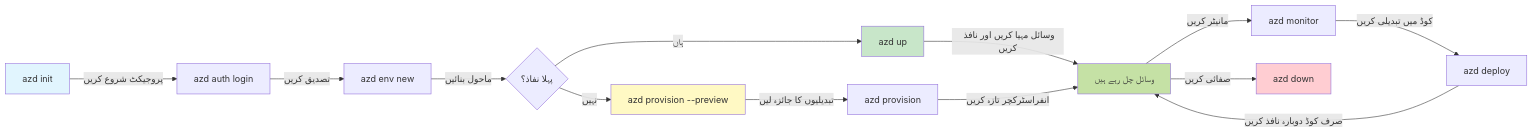
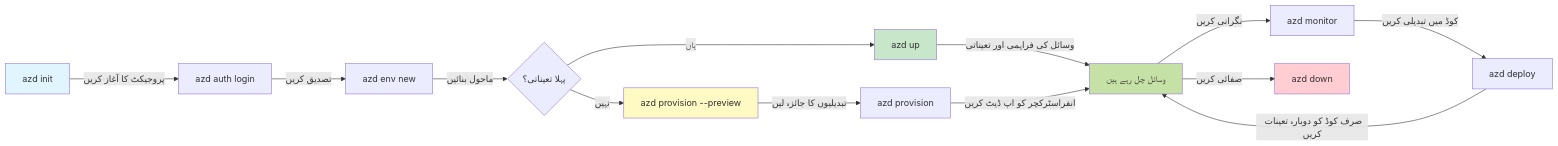
The first of 2 diagrams in translations/ur/docs/chapter-01-foundation/azd-basics.md (microsoft/AZD-for-beginners), drawn with Mermaid before and after one commit. The commit also changed other lines of this file and 1 other file, not shown here.

````diff
--- a/translations/ur/docs/chapter-01-foundation/azd-basics.md
+++ b/translations/ur/docs/chapter-01-foundation/azd-basics.md
@@ -269,21 +269,21 @@
 ```mermaid
 graph LR
-    A[azd init] -->|پروجیکٹ شروع کریں| B[azd auth login]
+    A[azd init] -->|پروجیکٹ کا آغاز کریں| B[azd auth login]
     B -->|تصدیق کریں| C[azd env new]
-    C -->|ماحول بنائیں| D{پہلا نفاذ؟}
+    C -->|ماحول بنائیں| D{پہلا تعیناتی؟}
     D -->|ہاں| E[azd up]
     D -->|نہیں| F[azd provision --preview]
     F -->|تبدیلیوں کا جائزہ لیں| G[azd provision]
-    E -->|وسائل مہیا کریں اور نافذ کریں| H[وسائل چل رہے ہیں]
-    G -->|انفراسٹرکچر تازہ کریں| H
-    H -->|مانیٹر کریں| I[azd monitor]
+    E -->|وسائل کی فراہمی اور تعیناتی| H[وسائل چل رہے ہیں]
+    G -->|انفراسٹرکچر کو اپ ڈیٹ کریں| H
+    H -->|نگرانی کریں| I[azd monitor]
     I -->|کوڈ میں تبدیلی کریں| J[azd deploy]
-    J -->|صرف کوڈ دوبارہ نافذ کریں| H
+    J -->|صرف کوڈ کو دوبارہ تعینات کریں| H
     H -->|صفائی کریں| K[azd down]
     
     style A fill:#e1f5fe
     style E fill:#c8e6c9
     style F fill:#fff9c4
     style H fill:#c5e1a5
     style K fill:#ffcdd2
 ```
````
